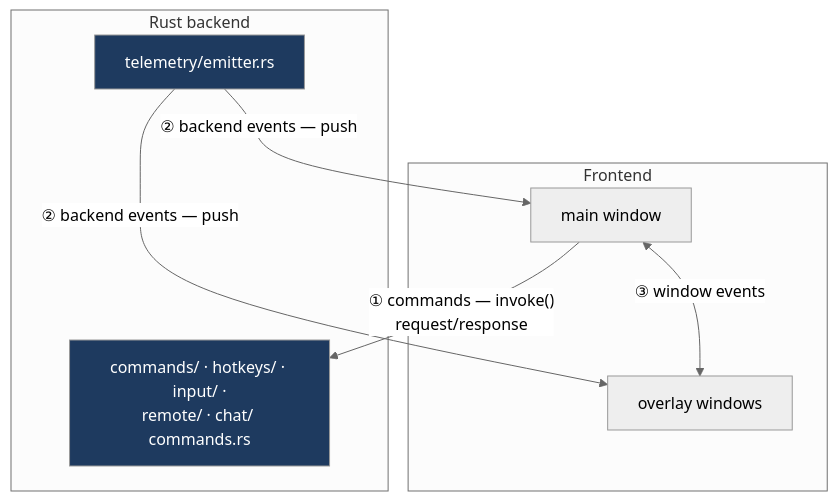
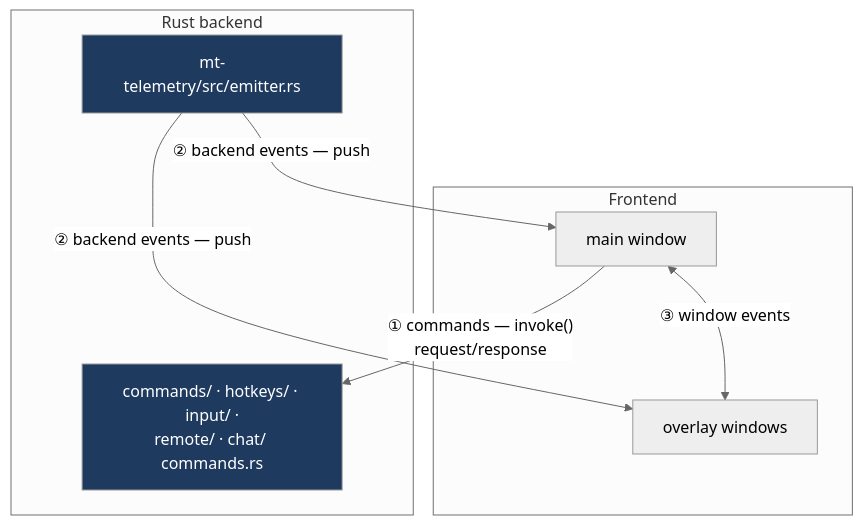
Before and after one commit to mvoof/Marble-Trace: diagram 16 of 22 in docs/architecture.md, drawn with Mermaid (neutral theme). The commit also changed other lines of this file and 291 other files, not shown here.

````diff
--- a/docs/architecture.md
+++ b/docs/architecture.md
@@ -1499,19 +1519,19 @@
 ```mermaid
 flowchart TB
     subgraph FE["Frontend"]
         M["main window"]
         O["overlay windows"]
     end
     subgraph BE["Rust backend"]
         CMD["commands/ · hotkeys/ · input/ ·<br/>remote/ · chat/ commands.rs"]
-        TEL["telemetry/emitter.rs"]
+        TEL["mt-telemetry/src/emitter.rs"]
     end
 
     M -->|"① commands — invoke()<br/>request/response"| CMD
     TEL -->|"② backend events — push"| M
     TEL -->|"② backend events — push"| O
     M <-->|"③ window events"| O
 
     style CMD fill:#1e3a5f,color:#fff
     style TEL fill:#1e3a5f,color:#fff
 ```
````
